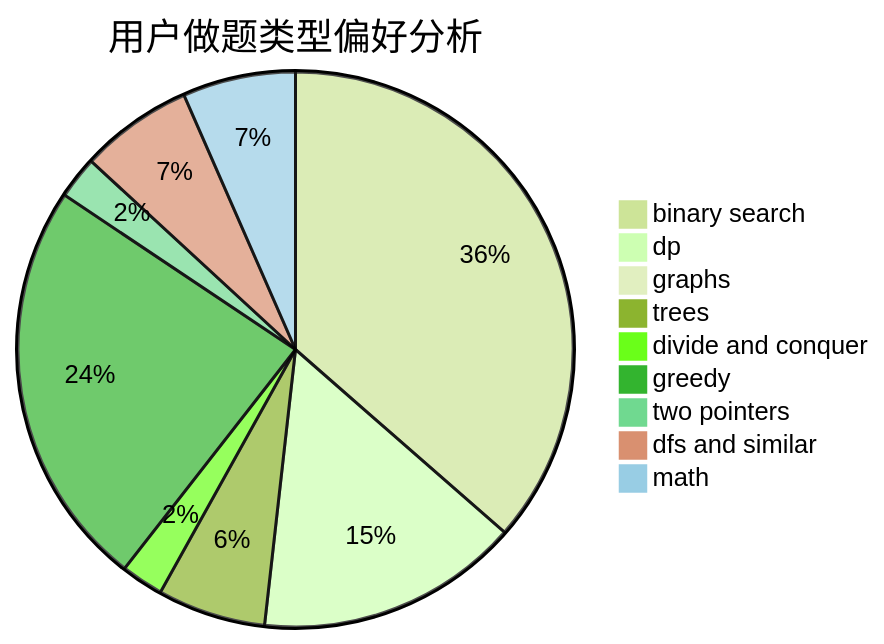
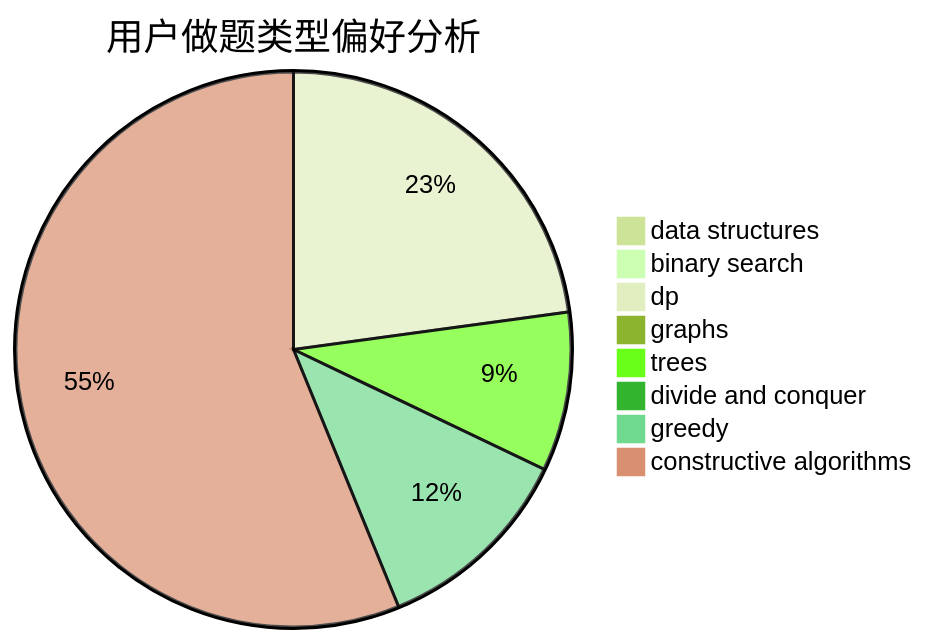
One commit to sherpahu/cfrs.github.io changed the second of 3 diagrams in docs/user/u1543.md. Above: the diagram before and after it, drawn with Mermaid (forest theme). The commit also changed other lines of this file and 2775 other files, not shown here.

````diff
--- a/docs/user/u1543.md
+++ b/docs/user/u1543.md
@@ -23,12 +23,11 @@
 ```mermaid
 pie title 用户做题类型偏好分析
-    "binary search" :  133
-    "dp" :  56
-    "graphs" :  3
-    "trees" :  23
-    "divide and conquer" :  9
-    "greedy" :  87
-    "two pointers" :  9
-    "dfs and similar" :  24
-    "math" :  24
+    "data structures" :  0
+    "binary search" :  1
+    "dp" :  37
+    "graphs" :  1
+    "trees" :  15
+    "divide and conquer" :  0
+    "greedy" :  19
+    "constructive algorithms" :  91
 ```
````
